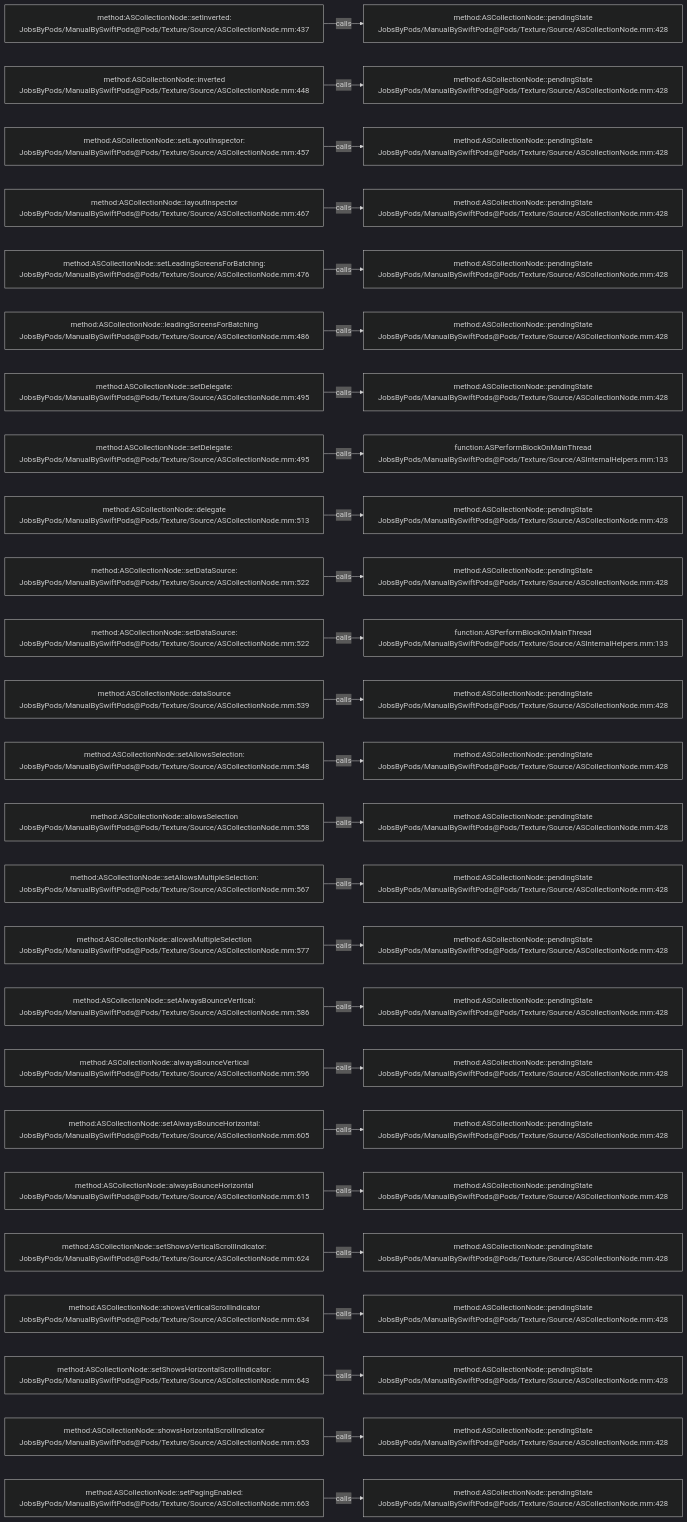
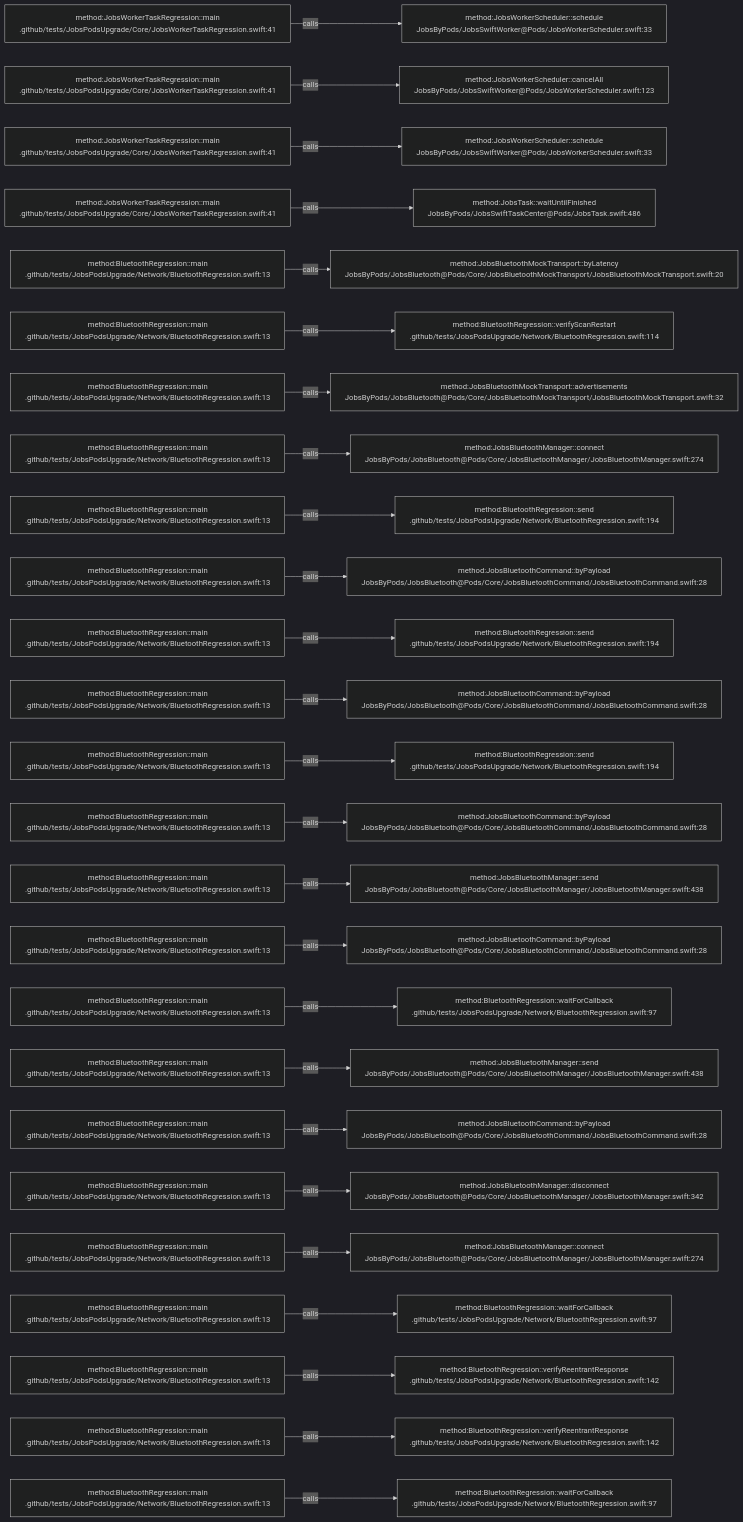
One commit to JobsKits/JobsSwiftBaseConfigDemo changed the diagram in .codegraph/codegraph.md/graphs/calls-008.md. Above: the diagram before and after it, drawn with Mermaid (dark theme). The commit also changed 224 other files, not shown here.

````diff
--- a/.codegraph/codegraph.md/graphs/calls-008.md
+++ b/.codegraph/codegraph.md/graphs/calls-008.md
@@ -13,78 +13,78 @@
 ```mermaid
 flowchart LR
-  S1["method:ASCollectionNode::setInverted:<br/>JobsByPods/ManualBySwiftPods@Pods/Texture/Source/ASCollectionNode.mm:437"]
-  T1["method:ASCollectionNode::pendingState<br/>JobsByPods/ManualBySwiftPods@Pods/Texture/Source/ASCollectionNode.mm:428"]
+  S1["method:JobsWorkerTaskRegression::main<br/>.github/tests/JobsPodsUpgrade/Core/JobsWorkerTaskRegression.swift:41"]
+  T1["method:JobsWorkerScheduler::schedule<br/>JobsByPods/JobsSwiftWorker@Pods/JobsWorkerScheduler.swift:33"]
   S1 -->|calls| T1
-  S2["method:ASCollectionNode::inverted<br/>JobsByPods/ManualBySwiftPods@Pods/Texture/Source/ASCollectionNode.mm:448"]
-  T2["method:ASCollectionNode::pendingState<br/>JobsByPods/ManualBySwiftPods@Pods/Texture/Source/ASCollectionNode.mm:428"]
+  S2["method:JobsWorkerTaskRegression::main<br/>.github/tests/JobsPodsUpgrade/Core/JobsWorkerTaskRegression.swift:41"]
+  T2["method:JobsWorkerScheduler::cancelAll<br/>JobsByPods/JobsSwiftWorker@Pods/JobsWorkerScheduler.swift:123"]
   S2 -->|calls| T2
-  S3["method:ASCollectionNode::setLayoutInspector:<br/>JobsByPods/ManualBySwiftPods@Pods/Texture/Source/ASCollectionNode.mm:457"]
-  T3["method:ASCollectionNode::pendingState<br/>JobsByPods/ManualBySwiftPods@Pods/Texture/Source/ASCollectionNode.mm:428"]
+  S3["method:JobsWorkerTaskRegression::main<br/>.github/tests/JobsPodsUpgrade/Core/JobsWorkerTaskRegression.swift:41"]
+  T3["method:JobsWorkerScheduler::schedule<br/>JobsByPods/JobsSwiftWorker@Pods/JobsWorkerScheduler.swift:33"]
   S3 -->|calls| T3
-  S4["method:ASCollectionNode::layoutInspector<br/>JobsByPods/ManualBySwiftPods@Pods/Texture/Source/ASCollectionNode.mm:467"]
-  T4["method:ASCollectionNode::pendingState<br/>JobsByPods/ManualBySwiftPods@Pods/Texture/Source/ASCollectionNode.mm:428"]
+  S4["method:JobsWorkerTaskRegression::main<br/>.github/tests/JobsPodsUpgrade/Core/JobsWorkerTaskRegression.swift:41"]
+  T4["method:JobsTask::waitUntilFinished<br/>JobsByPods/JobsSwiftTaskCenter@Pods/JobsTask.swift:486"]
   S4 -->|calls| T4
-  S5["method:ASCollectionNode::setLeadingScreensForBatching:<br/>JobsByPods/ManualBySwiftPods@Pods/Texture/Source/ASCollectionNode.mm:476"]
-  T5["method:ASCollectionNode::pendingState<br/>JobsByPods/ManualBySwiftPods@Pods/Texture/Source/ASCollectionNode.mm:428"]
+  S5["method:BluetoothRegression::main<br/>.github/tests/JobsPodsUpgrade/Network/BluetoothRegression.swift:13"]
+  T5["method:JobsBluetoothMockTransport::byLatency<br/>JobsByPods/JobsBluetooth@Pods/Core/JobsBluetoothMockTransport/JobsBluetoothMockTransport.swift:20"]
   S5 -->|calls| T5
-  S6["method:ASCollectionNode::leadingScreensForBatching<br/>JobsByPods/ManualBySwiftPods@Pods/Texture/Source/ASCollectionNode.mm:486"]
-  T6["method:ASCollectionNode::pendingState<br/>JobsByPods/ManualBySwiftPods@Pods/Texture/Source/ASCollectionNode.mm:428"]
+  S6["method:BluetoothRegression::main<br/>.github/tests/JobsPodsUpgrade/Network/BluetoothRegression.swift:13"]
+  T6["method:BluetoothRegression::verifyScanRestart<br/>.github/tests/JobsPodsUpgrade/Network/BluetoothRegression.swift:114"]
   S6 -->|calls| T6
-  S7["method:ASCollectionNode::setDelegate:<br/>JobsByPods/ManualBySwiftPods@Pods/Texture/Source/ASCollectionNode.mm:495"]
-  T7["method:ASCollectionNode::pendingState<br/>JobsByPods/ManualBySwiftPods@Pods/Texture/Source/ASCollectionNode.mm:428"]
+  S7["method:BluetoothRegression::main<br/>.github/tests/JobsPodsUpgrade/Network/BluetoothRegression.swift:13"]
+  T7["method:JobsBluetoothMockTransport::advertisements<br/>JobsByPods/JobsBluetooth@Pods/Core/JobsBluetoothMockTransport/JobsBluetoothMockTransport.swift:32"]
   S7 -->|calls| T7
-  S8["method:ASCollectionNode::setDelegate:<br/>JobsByPods/ManualBySwiftPods@Pods/Texture/Source/ASCollectionNode.mm:495"]
-  T8["function:ASPerformBlockOnMainThread<br/>JobsByPods/ManualBySwiftPods@Pods/Texture/Source/ASInternalHelpers.mm:133"]
+  S8["method:BluetoothRegression::main<br/>.github/tests/JobsPodsUpgrade/Network/BluetoothRegression.swift:13"]
+  T8["method:JobsBluetoothManager::connect<br/>JobsByPods/JobsBluetooth@Pods/Core/JobsBluetoothManager/JobsBluetoothManager.swift:274"]
   S8 -->|calls| T8
-  S9["method:ASCollectionNode::delegate<br/>JobsByPods/ManualBySwiftPods@Pods/Texture/Source/ASCollectionNode.mm:513"]
-  T9["method:ASCollectionNode::pendingState<br/>JobsByPods/ManualBySwiftPods@Pods/Texture/Source/ASCollectionNode.mm:428"]
+  S9["method:BluetoothRegression::main<br/>.github/tests/JobsPodsUpgrade/Network/BluetoothRegression.swift:13"]
+  T9["method:BluetoothRegression::send<br/>.github/tests/JobsPodsUpgrade/Network/BluetoothRegression.swift:194"]
   S9 -->|calls| T9
-  S10["method:ASCollectionNode::setDataSource:<br/>JobsByPods/ManualBySwiftPods@Pods/Texture/Source/ASCollectionNode.mm:522"]
-  T10["method:ASCollectionNode::pendingState<br/>JobsByPods/ManualBySwiftPods@Pods/Texture/Source/ASCollectionNode.mm:428"]
+  S10["method:BluetoothRegression::main<br/>.github/tests/JobsPodsUpgrade/Network/BluetoothRegression.swift:13"]
+  T10["method:JobsBluetoothCommand::byPayload<br/>JobsByPods/JobsBluetooth@Pods/Core/JobsBluetoothCommand/JobsBluetoothCommand.swift:28"]
   S10 -->|calls| T10
-  S11["method:ASCollectionNode::setDataSource:<br/>JobsByPods/ManualBySwiftPods@Pods/Texture/Source/ASCollectionNode.mm:522"]
-  T11["function:ASPerformBlockOnMainThread<br/>JobsByPods/ManualBySwiftPods@Pods/Texture/Source/ASInternalHelpers.mm:133"]
+  S11["method:BluetoothRegression::main<br/>.github/tests/JobsPodsUpgrade/Network/BluetoothRegression.swift:13"]
+  T11["method:BluetoothRegression::send<br/>.github/tests/JobsPodsUpgrade/Network/BluetoothRegression.swift:194"]
   S11 -->|calls| T11
-  S12["method:ASCollectionNode::dataSource<br/>JobsByPods/ManualBySwiftPods@Pods/Texture/Source/ASCollectionNode.mm:539"]
-  T12["method:ASCollectionNode::pendingState<br/>JobsByPods/ManualBySwiftPods@Pods/Texture/Source/ASCollectionNode.mm:428"]
+  S12["method:BluetoothRegression::main<br/>.github/tests/JobsPodsUpgrade/Network/BluetoothRegression.swift:13"]
+  T12["method:JobsBluetoothCommand::byPayload<br/>JobsByPods/JobsBluetooth@Pods/Core/JobsBluetoothCommand/JobsBluetoothCommand.swift:28"]
   S12 -->|calls| T12
-  S13["method:ASCollectionNode::setAllowsSelection:<br/>JobsByPods/ManualBySwiftPods@Pods/Texture/Source/ASCollectionNode.mm:548"]
-  T13["method:ASCollectionNode::pendingState<br/>JobsByPods/ManualBySwiftPods@Pods/Texture/Source/ASCollectionNode.mm:428"]
+  S13["method:BluetoothRegression::main<br/>.github/tests/JobsPodsUpgrade/Network/BluetoothRegression.swift:13"]
+  T13["method:BluetoothRegression::send<br/>.github/tests/JobsPodsUpgrade/Network/BluetoothRegression.swift:194"]
   S13 -->|calls| T13
-  S14["method:ASCollectionNode::allowsSelection<br/>JobsByPods/ManualBySwiftPods@Pods/Texture/Source/ASCollectionNode.mm:558"]
-  T14["method:ASCollectionNode::pendingState<br/>JobsByPods/ManualBySwiftPods@Pods/Texture/Source/ASCollectionNode.mm:428"]
+  S14["method:BluetoothRegression::main<br/>.github/tests/JobsPodsUpgrade/Network/BluetoothRegression.swift:13"]
+  T14["method:JobsBluetoothCommand::byPayload<br/>JobsByPods/JobsBluetooth@Pods/Core/JobsBluetoothCommand/JobsBluetoothCommand.swift:28"]
   S14 -->|calls| T14
-  S15["method:ASCollectionNode::setAllowsMultipleSelection:<br/>JobsByPods/ManualBySwiftPods@Pods/Texture/Source/ASCollectionNode.mm:567"]
-  T15["method:ASCollectionNode::pendingState<br/>JobsByPods/ManualBySwiftPods@Pods/Texture/Source/ASCollectionNode.mm:428"]
+  S15["method:BluetoothRegression::main<br/>.github/tests/JobsPodsUpgrade/Network/BluetoothRegression.swift:13"]
+  T15["method:JobsBluetoothManager::send<br/>JobsByPods/JobsBluetooth@Pods/Core/JobsBluetoothManager/JobsBluetoothManager.swift:438"]
   S15 -->|calls| T15
-  S16["method:ASCollectionNode::allowsMultipleSelection<br/>JobsByPods/ManualBySwiftPods@Pods/Texture/Source/ASCollectionNode.mm:577"]
-  T16["method:ASCollectionNode::pendingState<br/>JobsByPods/ManualBySwiftPods@Pods/Texture/Source/ASCollectionNode.mm:428"]
+  S16["method:BluetoothRegression::main<br/>.github/tests/JobsPodsUpgrade/Network/BluetoothRegression.swift:13"]
+  T16["method:JobsBluetoothCommand::byPayload<br/>JobsByPods/JobsBluetooth@Pods/Core/JobsBluetoothCommand/JobsBluetoothCommand.swift:28"]
   S16 -->|calls| T16
-  S17["method:ASCollectionNode::setAlwaysBounceVertical:<br/>JobsByPods/ManualBySwiftPods@Pods/Texture/Source/ASCollectionNode.mm:586"]
-  T17["method:ASCollectionNode::pendingState<br/>JobsByPods/ManualBySwiftPods@Pods/Texture/Source/ASCollectionNode.mm:428"]
+  S17["method:BluetoothRegression::main<br/>.github/tests/JobsPodsUpgrade/Network/BluetoothRegression.swift:13"]
+  T17["method:BluetoothRegression::waitForCallback<br/>.github/tests/JobsPodsUpgrade/Network/BluetoothRegression.swift:97"]
   S17 -->|calls| T17
-  S18["method:ASCollectionNode::alwaysBounceVertical<br/>JobsByPods/ManualBySwiftPods@Pods/Texture/Source/ASCollectionNode.mm:596"]
-  T18["method:ASCollectionNode::pendingState<br/>JobsByPods/ManualBySwiftPods@Pods/Texture/Source/ASCollectionNode.mm:428"]
+  S18["method:BluetoothRegression::main<br/>.github/tests/JobsPodsUpgrade/Network/BluetoothRegression.swift:13"]
+  T18["method:JobsBluetoothManager::send<br/>JobsByPods/JobsBluetooth@Pods/Core/JobsBluetoothManager/JobsBluetoothManager.swift:438"]
   S18 -->|calls| T18
-  S19["method:ASCollectionNode::setAlwaysBounceHorizontal:<br/>JobsByPods/ManualBySwiftPods@Pods/Texture/Source/ASCollectionNode.mm:605"]
-  T19["method:ASCollectionNode::pendingState<br/>JobsByPods/ManualBySwiftPods@Pods/Texture/Source/ASCollectionNode.mm:428"]
+  S19["method:BluetoothRegression::main<br/>.github/tests/JobsPodsUpgrade/Network/BluetoothRegression.swift:13"]
+  T19["method:JobsBluetoothCommand::byPayload<br/>JobsByPods/JobsBluetooth@Pods/Core/JobsBluetoothCommand/JobsBluetoothCommand.swift:28"]
   S19 -->|calls| T19
-  S20["method:ASCollectionNode::alwaysBounceHorizontal<br/>JobsByPods/ManualBySwiftPods@Pods/Texture/Source/ASCollectionNode.mm:615"]
-  T20["method:ASCollectionNode::pendingState<br/>JobsByPods/ManualBySwiftPods@Pods/Texture/Source/ASCollectionNode.mm:428"]
+  S20["method:BluetoothRegression::main<br/>.github/tests/JobsPodsUpgrade/Network/BluetoothRegression.swift:13"]
+  T20["method:JobsBluetoothManager::disconnect<br/>JobsByPods/JobsBluetooth@Pods/Core/JobsBluetoothManager/JobsBluetoothManager.swift:342"]
   S20 -->|calls| T20
-  S21["method:ASCollectionNode::setShowsVerticalScrollIndicator:<br/>JobsByPods/ManualBySwiftPods@Pods/Texture/Source/ASCollectionNode.mm:624"]
-  T21["method:ASCollectionNode::pendingState<br/>JobsByPods/ManualBySwiftPods@Pods/Texture/Source/ASCollectionNode.mm:428"]
+  S21["method:BluetoothRegression::main<br/>.github/tests/JobsPodsUpgrade/Network/BluetoothRegression.swift:13"]
+  T21["method:JobsBluetoothManager::connect<br/>JobsByPods/JobsBluetooth@Pods/Core/JobsBluetoothManager/JobsBluetoothManager.swift:274"]
   S21 -->|calls| T21
-  S22["method:ASCollectionNode::showsVerticalScrollIndicator<br/>JobsByPods/ManualBySwiftPods@Pods/Texture/Source/ASCollectionNode.mm:634"]
-  T22["method:ASCollectionNode::pendingState<br/>JobsByPods/ManualBySwiftPods@Pods/Texture/Source/ASCollectionNode.mm:428"]
+  S22["method:BluetoothRegression::main<br/>.github/tests/JobsPodsUpgrade/Network/BluetoothRegression.swift:13"]
+  T22["method:BluetoothRegression::waitForCallback<br/>.github/tests/JobsPodsUpgrade/Network/BluetoothRegression.swift:97"]
   S22 -->|calls| T22
-  S23["method:ASCollectionNode::setShowsHorizontalScrollIndicator:<br/>JobsByPods/ManualBySwiftPods@Pods/Texture/Source/ASCollectionNode.mm:643"]
-  T23["method:ASCollectionNode::pendingState<br/>JobsByPods/ManualBySwiftPods@Pods/Texture/Source/ASCollectionNode.mm:428"]
+  S23["method:BluetoothRegression::main<br/>.github/tests/JobsPodsUpgrade/Network/BluetoothRegression.swift:13"]
+  T23["method:BluetoothRegression::verifyReentrantResponse<br/>.github/tests/JobsPodsUpgrade/Network/BluetoothRegression.swift:142"]
   S23 -->|calls| T23
-  S24["method:ASCollectionNode::showsHorizontalScrollIndicator<br/>JobsByPods/ManualBySwiftPods@Pods/Texture/Source/ASCollectionNode.mm:653"]
-  T24["method:ASCollectionNode::pendingState<br/>JobsByPods/ManualBySwiftPods@Pods/Texture/Source/ASCollectionNode.mm:428"]
+  S24["method:BluetoothRegression::main<br/>.github/tests/JobsPodsUpgrade/Network/BluetoothRegression.swift:13"]
+  T24["method:BluetoothRegression::verifyReentrantResponse<br/>.github/tests/JobsPodsUpgrade/Network/BluetoothRegression.swift:142"]
   S24 -->|calls| T24
-  S25["method:ASCollectionNode::setPagingEnabled:<br/>JobsByPods/ManualBySwiftPods@Pods/Texture/Source/ASCollectionNode.mm:663"]
-  T25["method:ASCollectionNode::pendingState<br/>JobsByPods/ManualBySwiftPods@Pods/Texture/Source/ASCollectionNode.mm:428"]
+  S25["method:BluetoothRegression::main<br/>.github/tests/JobsPodsUpgrade/Network/BluetoothRegression.swift:13"]
+  T25["method:BluetoothRegression::waitForCallback<br/>.github/tests/JobsPodsUpgrade/Network/BluetoothRegression.swift:97"]
   S25 -->|calls| T25
 ```
````
